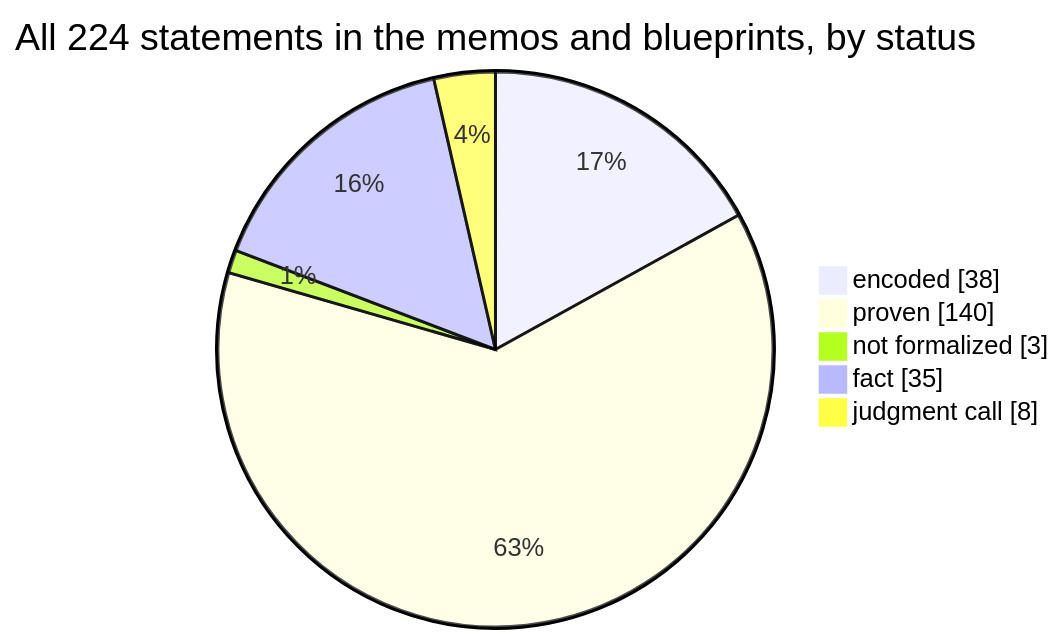
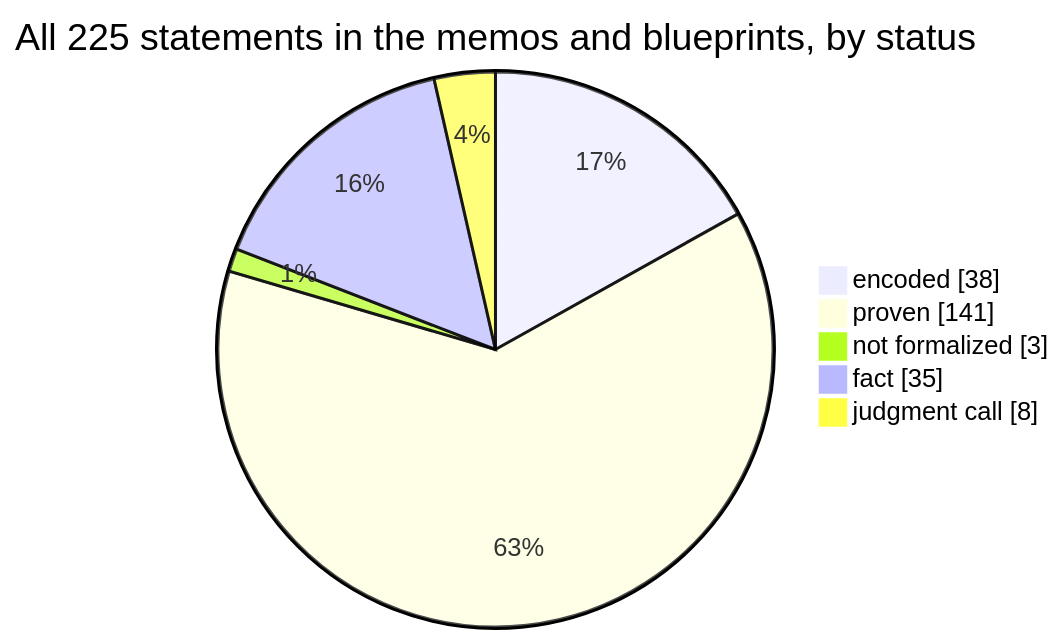
The first of 4 diagrams in docs/graphs/dashboard.md (SeanWMurray/Canteen), drawn with Mermaid before and after one commit. The commit also changed other lines of this file and 14 other files, not shown here.

````diff
--- a/docs/graphs/dashboard.md
+++ b/docs/graphs/dashboard.md
@@ -11,8 +11,8 @@
 ```mermaid
-pie showData title All 224 statements in the memos and blueprints, by status
+pie showData title All 225 statements in the memos and blueprints, by status
     "encoded" : 38
-    "proven" : 140
+    "proven" : 141
     "not formalized" : 3
     "fact" : 35
     "judgment call" : 8
 ```
````
